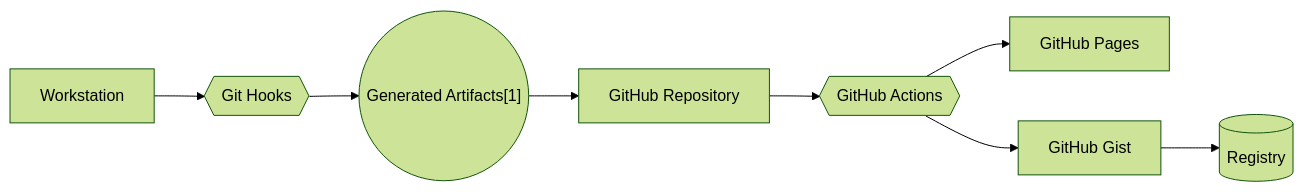
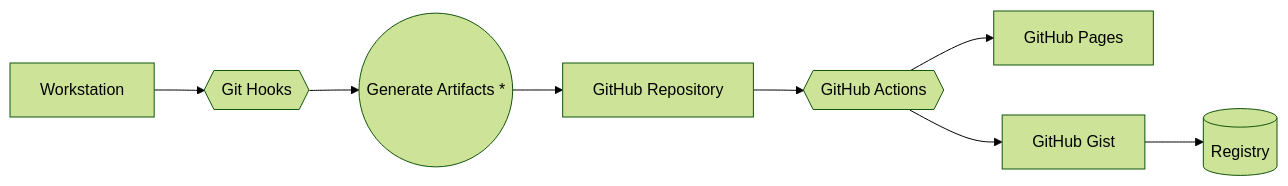
Before and after one commit to weshenderson/weshenderson.github.io: the diagram in README.md, drawn with Mermaid (forest theme). The commit also changed other lines of this file, not shown here.

Commit message:
Updating Mermaid chart.

````diff
--- a/README.md
+++ b/README.md
@@ -11,18 +11,15 @@
 ```mermaid
 flowchart LR
     A[Workstation] --> B{{Git Hooks}}
 
-    B --> D(("Generated Artifacts[1]"))
+    B --> D((Generate Artifacts *))
 
     D --> F[GitHub Repository]
 
     F --> G{{GitHub Actions}}
 
     G --> H[GitHub Pages]
     G --> I[GitHub Gist]
 
     I --> J[(Registry)]
-
-    %% Link the node to the footnote anchor
-    click D "#user-content-fn-1" "Go to footnote"
 ```
````
